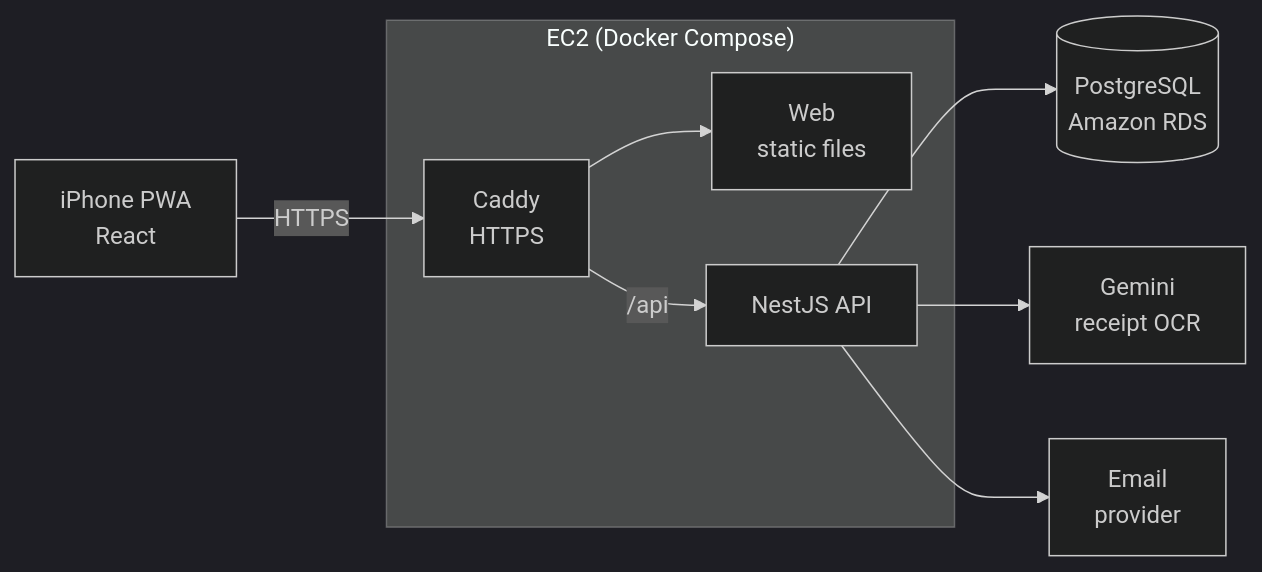
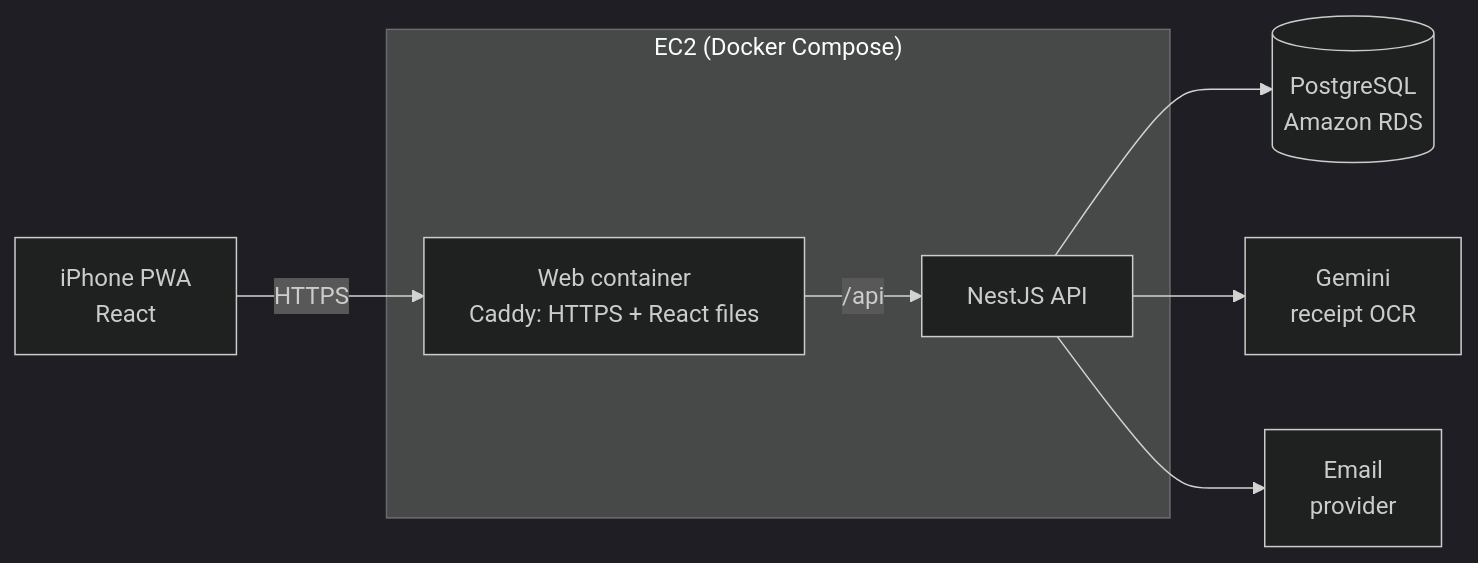
Before and after one commit to cheewei0123/ay2626s2-cicdp-ChongCheeWei: the first of 3 diagrams in docs/architecture.md, drawn with Mermaid (dark theme). The commit also changed other lines of this file and 12 other files, not shown here.

First line of the commit message:
KAN-39 infra(https): serve the app over HTTPS with Caddy on splitlah.duckdns.org (#62)

````diff
--- a/docs/architecture.md
+++ b/docs/architecture.md
@@ -9,19 +9,17 @@
 ```mermaid
 flowchart LR
   U[iPhone PWA<br/>React]
   subgraph EC2["EC2 (Docker Compose)"]
-    C[Caddy<br/>HTTPS]
-    W[Web<br/>static files]
+    C[Web container<br/>Caddy: HTTPS + React files]
     A[NestJS API]
   end
   DB[(PostgreSQL<br/>Amazon RDS)]
   G[Gemini<br/>receipt OCR]
   E[Email<br/>provider]
 
   U -->|HTTPS| C
-  C --> W
   C -->|/api| A
   A --> DB
   A --> G
   A --> E
 ```
````
